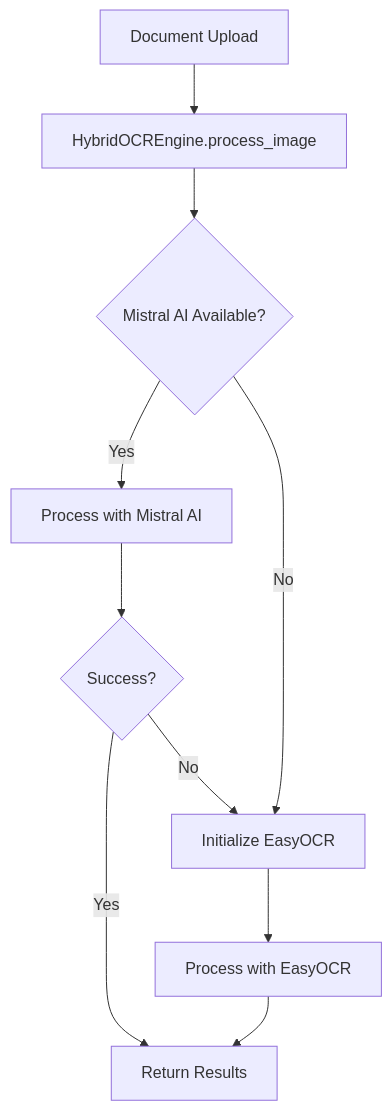
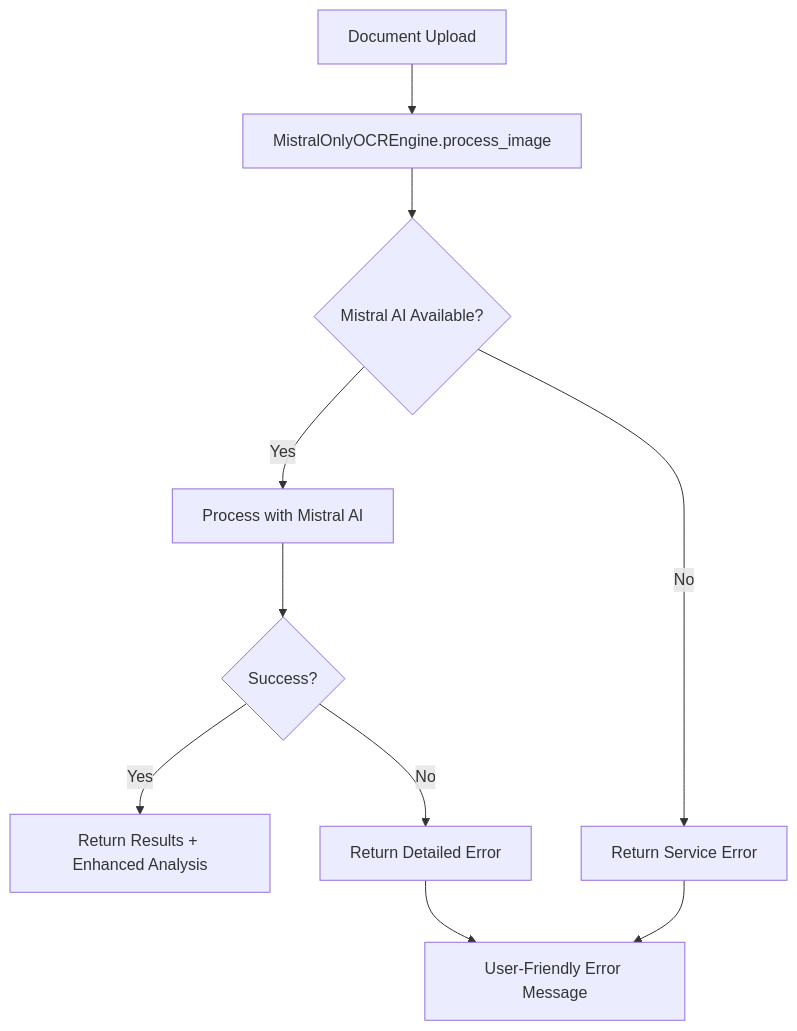
The diagram in CLAUDE.md (MysticHE/ocr-claim-assessment), drawn with Mermaid before and after one commit. The commit also changed other lines of this file and 4 other files, not shown here.

````diff
--- a/CLAUDE.md
+++ b/CLAUDE.md
@@ -121,12 +118,12 @@
 ```mermaid
 flowchart TD
-    A[Document Upload] --> B[HybridOCREngine.process_image]
+    A[Document Upload] --> B[MistralOnlyOCREngine.process_image]
     B --> C{Mistral AI Available?}
     C -->|Yes| D[Process with Mistral AI]
     D --> E{Success?}
-    E -->|Yes| F[Return Results]
-    E -->|No| G[Initialize EasyOCR]
-    C -->|No| G
-    G --> H[Process with EasyOCR]
-    H --> F
+    E -->|Yes| F[Return Results + Enhanced Analysis]
+    E -->|No| G[Return Detailed Error]
+    C -->|No| H[Return Service Error]
+    G --> I[User-Friendly Error Message]
+    H --> I
 ```
````
